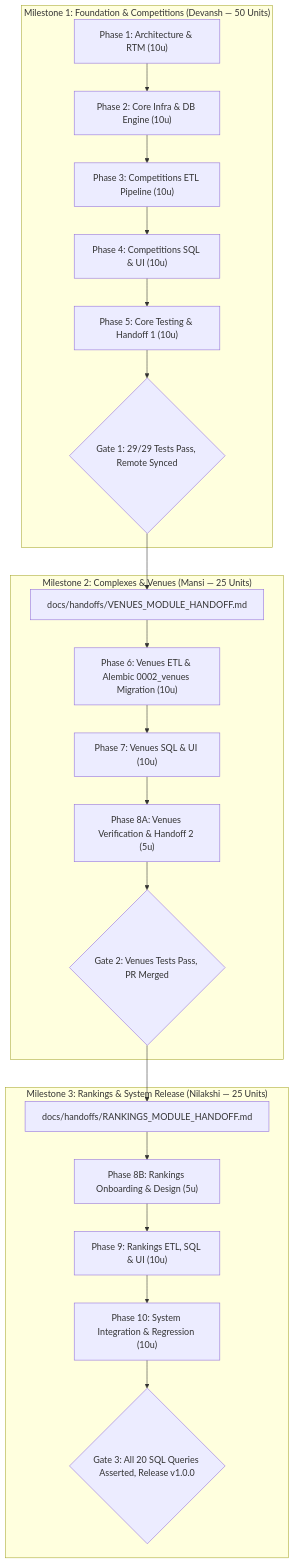
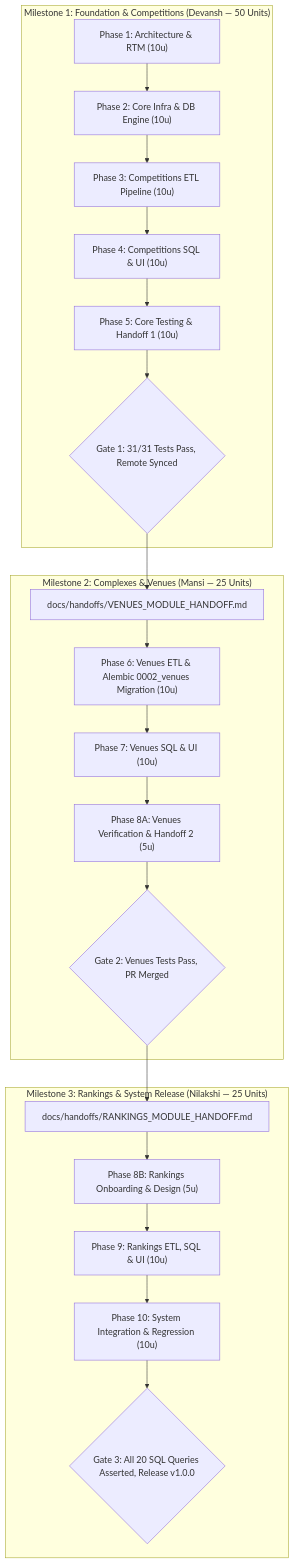
The sixth of 6 diagrams in docs/COURTIQ_ARCHITECTURE_AND_PHASED_IMPLEMENTATION_PLAN.md (Devansh54/CourtIQ), drawn with Mermaid before and after one commit. The commit also changed other lines of this file and 4 other files, not shown here.

````diff
--- a/docs/COURTIQ_ARCHITECTURE_AND_PHASED_IMPLEMENTATION_PLAN.md
+++ b/docs/COURTIQ_ARCHITECTURE_AND_PHASED_IMPLEMENTATION_PLAN.md
@@ -430,31 +430,31 @@
 ```mermaid
 flowchart TD
     subgraph Milestone1["Milestone 1: Foundation & Competitions (Devansh — 50 Units)"]
         P1["Phase 1: Architecture & RTM (10u)"] --> P2["Phase 2: Core Infra & DB Engine (10u)"]
         P2 --> P3["Phase 3: Competitions ETL Pipeline (10u)"]
         P3 --> P4["Phase 4: Competitions SQL & UI (10u)"]
         P4 --> P5["Phase 5: Core Testing & Handoff 1 (10u)"]
-        G1{"Gate 1: 29/29 Tests Pass, Remote Synced"}
+        G1{"Gate 1: 31/31 Tests Pass, Remote Synced"}
         P5 --> G1
     end
 
     subgraph Milestone2["Milestone 2: Complexes & Venues (Mansi — 25 Units)"]
         H1["docs/handoffs/VENUES_MODULE_HANDOFF.md"]
         G1 --> H1
         H1 --> P6["Phase 6: Venues ETL & Alembic 0002_venues Migration (10u)"]
         P6 --> P7["Phase 7: Venues SQL & UI (10u)"]
         P7 --> P8A["Phase 8A: Venues Verification & Handoff 2 (5u)"]
         G2{"Gate 2: Venues Tests Pass, PR Merged"}
         P8A --> G2
     end
 
     subgraph Milestone3["Milestone 3: Rankings & System Release (Nilakshi — 25 Units)"]
         H2["docs/handoffs/RANKINGS_MODULE_HANDOFF.md"]
         G2 --> H2
         H2 --> P8B["Phase 8B: Rankings Onboarding & Design (5u)"]
         P8B --> P9["Phase 9: Rankings ETL, SQL & UI (10u)"]
         P9 --> P10["Phase 10: System Integration & Regression (10u)"]
         G3{"Gate 3: All 20 SQL Queries Asserted, Release v1.0.0"}
         P10 --> G3
     end
 ```
````
